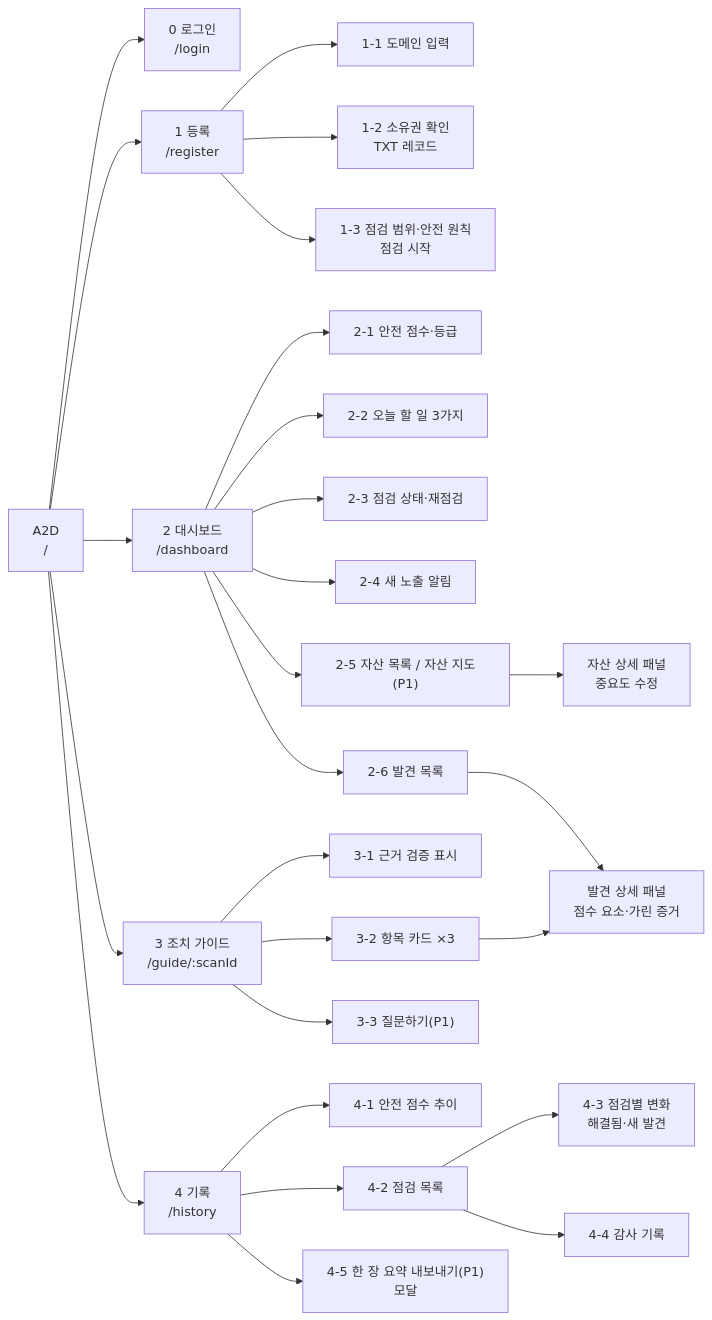
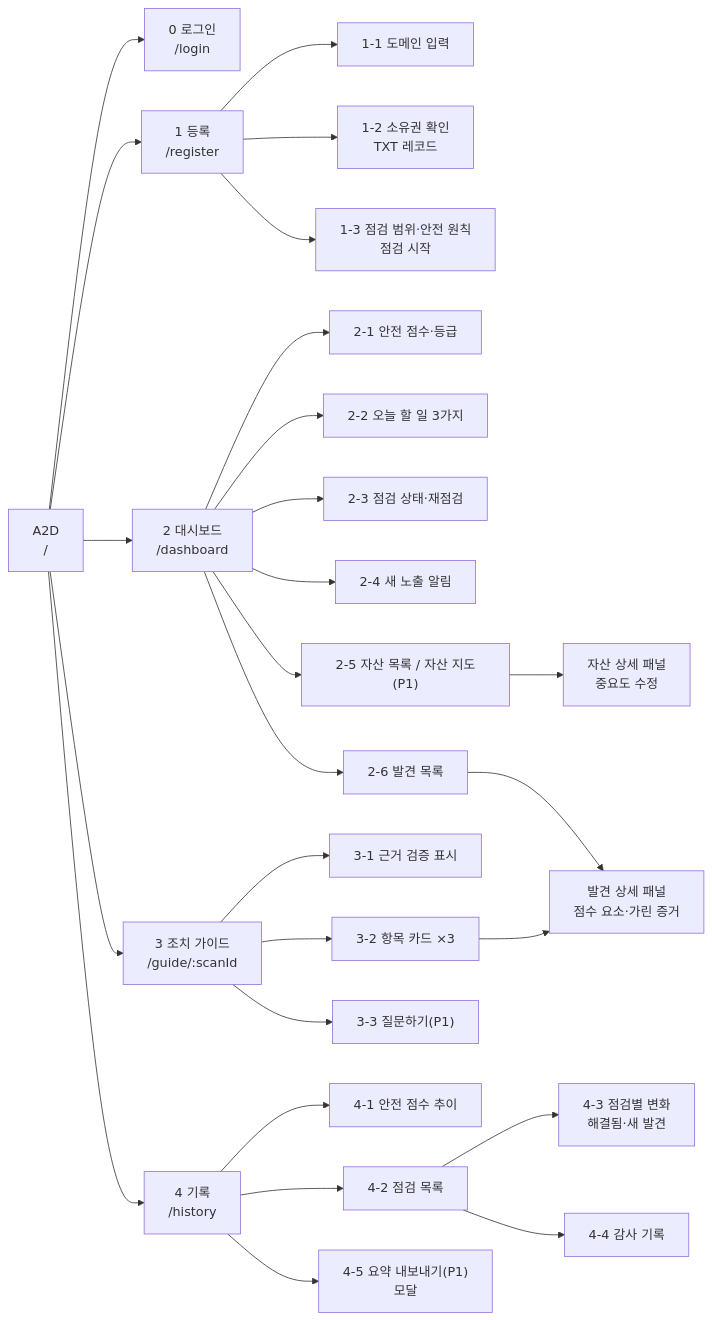
The first of 2 diagrams in docs/A2D_정보구조도.md (unexpected-hackathon/A2D), drawn with Mermaid before and after one commit. The commit also changed other lines of this file and 5 other files, not shown here.

````diff
--- a/docs/A2D_정보구조도.md
+++ b/docs/A2D_정보구조도.md
@@ -9,32 +9,32 @@
 ```mermaid
 flowchart LR
   ROOT["A2D<br/>/"] --> LOGIN["0 로그인<br/>/login"]
   ROOT --> REG["1 등록<br/>/register"]
   ROOT --> DASH["2 대시보드<br/>/dashboard"]
   ROOT --> REP["3 조치 가이드<br/>/guide/:scanId"]
   ROOT --> HIS["4 기록<br/>/history"]
 
   REG --> R1["1-1 도메인 입력"]
   REG --> R2["1-2 소유권 확인<br/>TXT 레코드"]
   REG --> R3["1-3 점검 범위·안전 원칙<br/>점검 시작"]
 
   DASH --> D1["2-1 안전 점수·등급"]
   DASH --> D2["2-2 오늘 할 일 3가지"]
   DASH --> D3["2-3 점검 상태·재점검"]
   DASH --> D4["2-4 새 노출 알림"]
   DASH --> D5["2-5 자산 목록 / 자산 지도(P1)"]
   DASH --> D6["2-6 발견 목록"]
   D5 --> D5P["자산 상세 패널<br/>중요도 수정"]
   D6 --> FP["발견 상세 패널<br/>점수 요소·가린 증거"]
 
   REP --> P1["3-1 근거 검증 표시"]
   REP --> P2["3-2 항목 카드 ×3"]
   REP --> P3["3-3 질문하기(P1)"]
   P2 --> FP
 
   HIS --> H1["4-1 안전 점수 추이"]
   HIS --> H2["4-2 점검 목록"]
   H2 --> H3["4-3 점검별 변화<br/>해결됨·새 발견"]
   H2 --> H4["4-4 감사 기록"]
-  HIS --> H5["4-5 한 장 요약 내보내기(P1)<br/>모달"]
+  HIS --> H5["4-5 요약 내보내기(P1)<br/>모달"]
 ```
````
